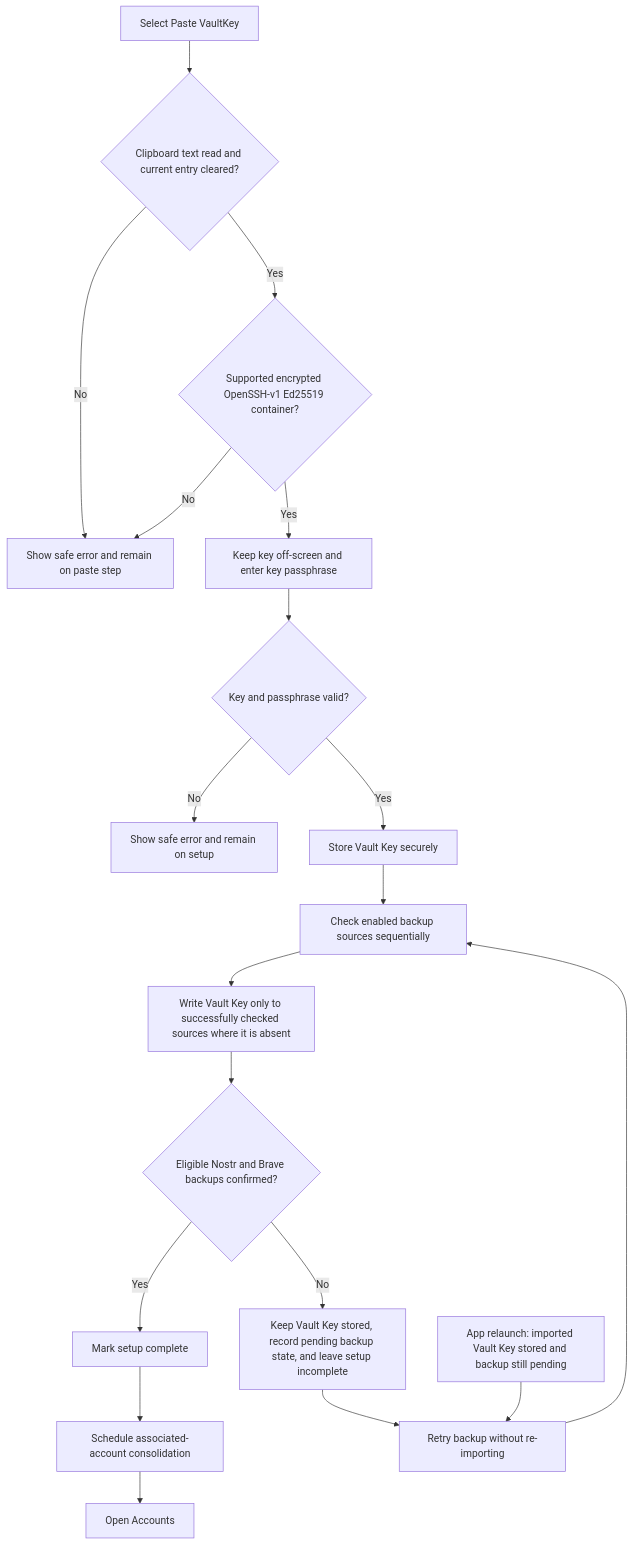
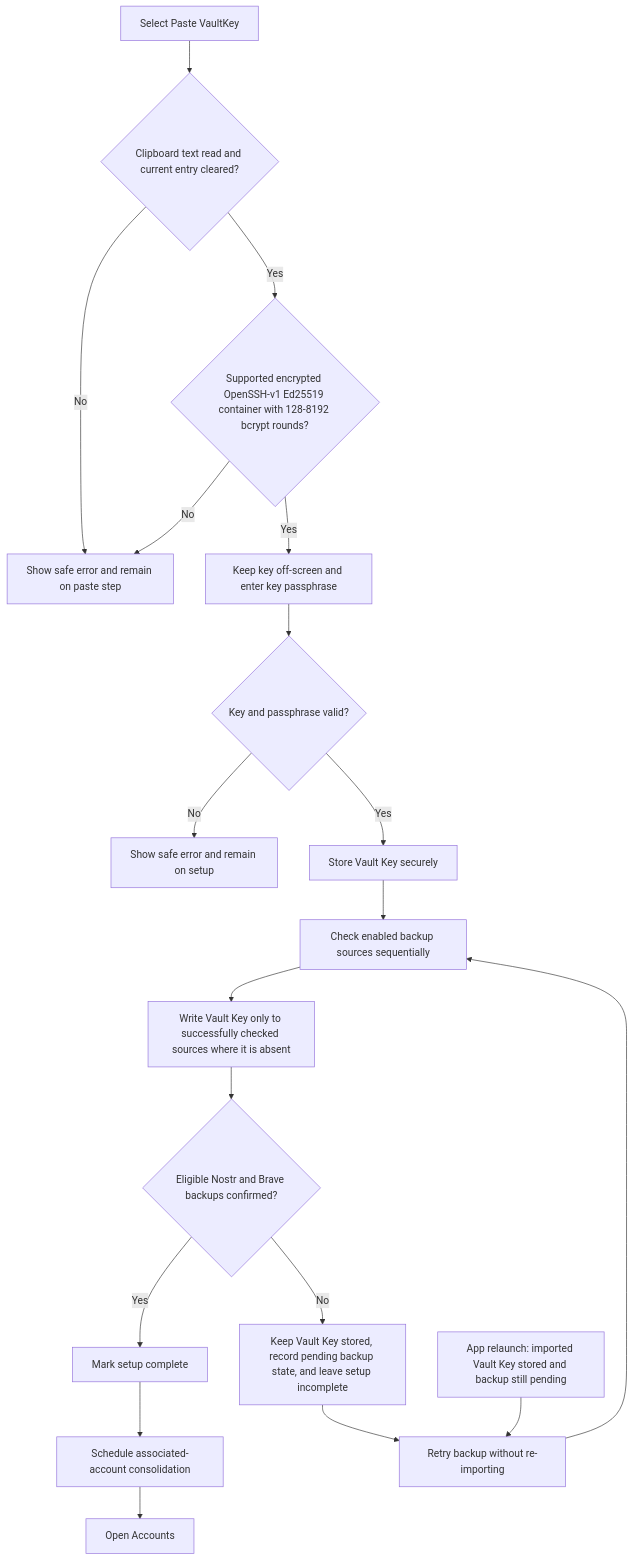
Before and after one commit to ZenTenApp/vault-kotlin: the second of 8 diagrams in docs/stakeholder/flowcharts.md, drawn with Mermaid. The commit also changed other lines of this file and 19 other files, not shown here.

````diff
--- a/docs/stakeholder/flowcharts.md
+++ b/docs/stakeholder/flowcharts.md
@@ -111,21 +111,21 @@
 ```mermaid
 flowchart TD
     Start["Select Paste VaultKey"] --> Clipboard{"Clipboard text read and current entry cleared?"}
     Clipboard -->|No| PasteError["Show safe error and remain on paste step"]
-    Clipboard -->|Yes| KeyFormat{"Supported encrypted OpenSSH-v1 Ed25519 container?"}
+    Clipboard -->|Yes| KeyFormat{"Supported encrypted OpenSSH-v1 Ed25519 container with 128-8192 bcrypt rounds?"}
     KeyFormat -->|No| PasteError
     KeyFormat -->|Yes| Passphrase["Keep key off-screen and enter key passphrase"]
     Passphrase --> Validate{"Key and passphrase valid?"}
     Validate -->|No| Error["Show safe error and remain on setup"]
     Validate -->|Yes| Store["Store Vault Key securely"]
     Store --> Sources["Check enabled backup sources sequentially"]
     Sources --> Missing["Write Vault Key only to successfully checked sources where it is absent"]
     Missing --> Quorum{"Eligible Nostr and Brave backups confirmed?"}
     Quorum -->|Yes| Complete["Mark setup complete"]
     Complete --> Schedule["Schedule associated-account consolidation"]
     Schedule --> Accounts["Open Accounts"]
     Quorum -->|No| Incomplete["Keep Vault Key stored, record pending backup state, and leave setup incomplete"]
     Incomplete --> Retry["Retry backup without re-importing"]
     Retry --> Sources
     Resume["App relaunch: imported Vault Key stored and backup still pending"] --> Retry
 ```
````
